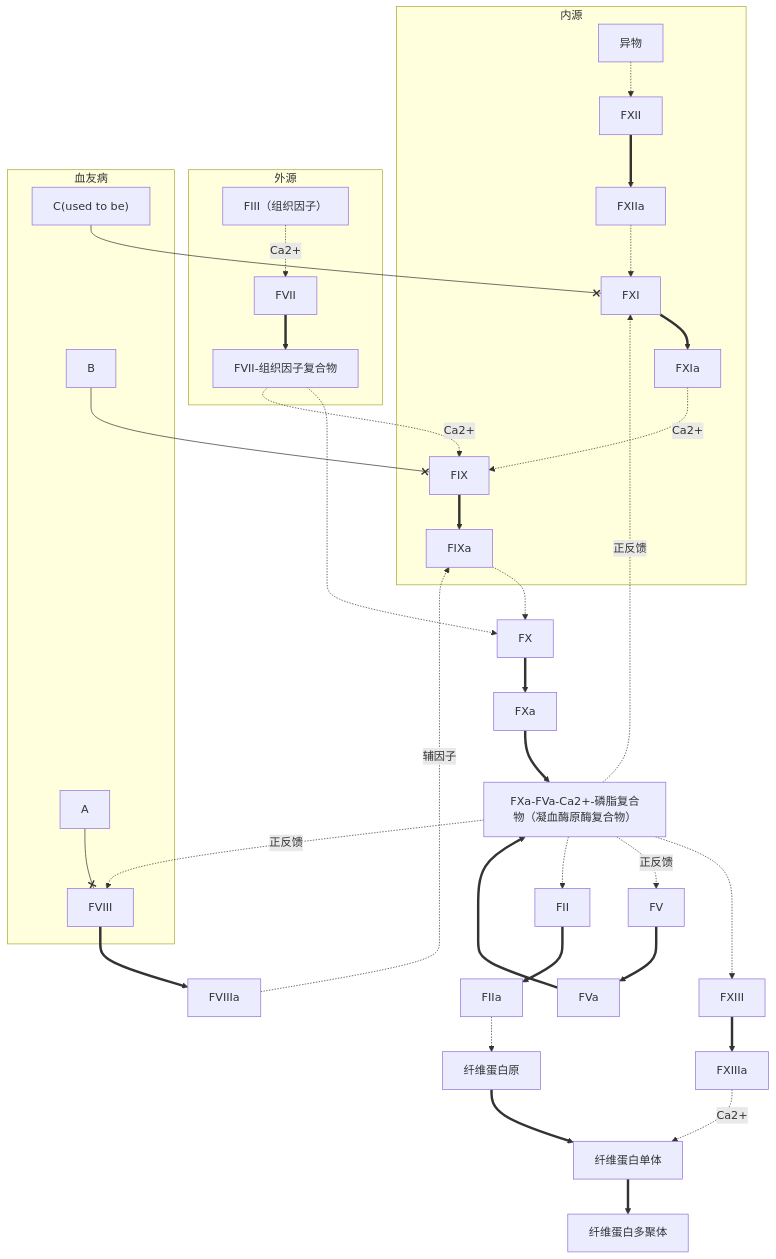
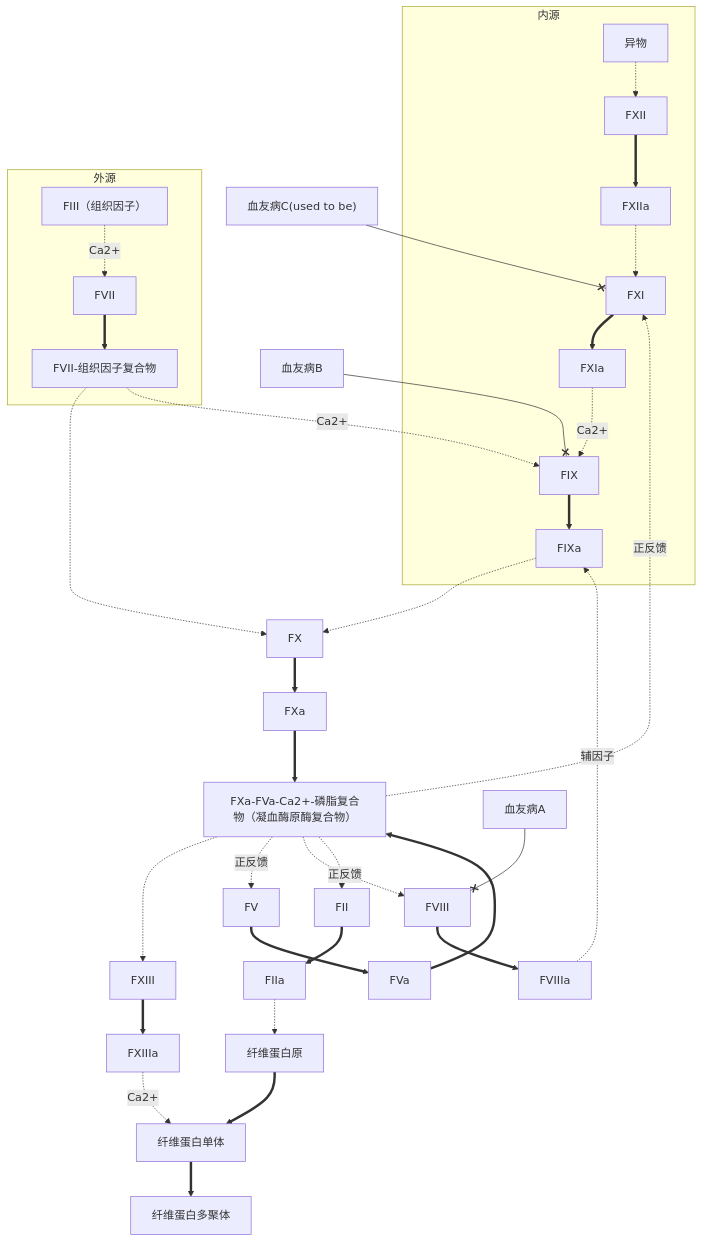
One commit to ChickenHu/notebook changed the fourth of 6 diagrams in Physiology/血液.md. Above: the diagram before and after it, drawn with Mermaid. The commit also changed other lines of this file and 6 other files, not shown here.

````diff
--- a/Physiology/血液.md
+++ b/Physiology/血液.md
@@ -67,20 +74,18 @@
 ```mermaid
 flowchart TD
 subgraph 内源
 异物-.->FXII==>FXIIa-.->FXI==>FXIa-.Ca2+.->FIX==>e1[FIXa]
 end
 subgraph 外源
 A[FIII（组织因子）]-.Ca2+.->FVII==>e2[FVII-组织因子复合物]
 end
 e1 & e2-.->FX==>FXa==>B[FXa-FVa-Ca2+-磷脂复合物（凝血酶原酶复合物）]-.->FXIII==>FXIIIa-.Ca2+.->纤维蛋白单体==>纤维蛋白多聚体
 B-.正反馈.->FV & FVIII & FXI
 FVIII==>FVIIIa-.辅因子.->e1
 FV==>FVa==>B
 B-.->FII==>FIIa-.->纤维蛋白原==>纤维蛋白单体
 e2-.Ca2+.->FIX
-subgraph 血友病
-id1["A"]--xFVIII
-id2["B"]--xFIX
-id3["C(used to be)"]--xFXI
-end
+id1["血友病A"]--xFVIII
+id2["血友病B"]--xFIX
+id3["血友病C(used to be)"]--xFXI
 ```
````
